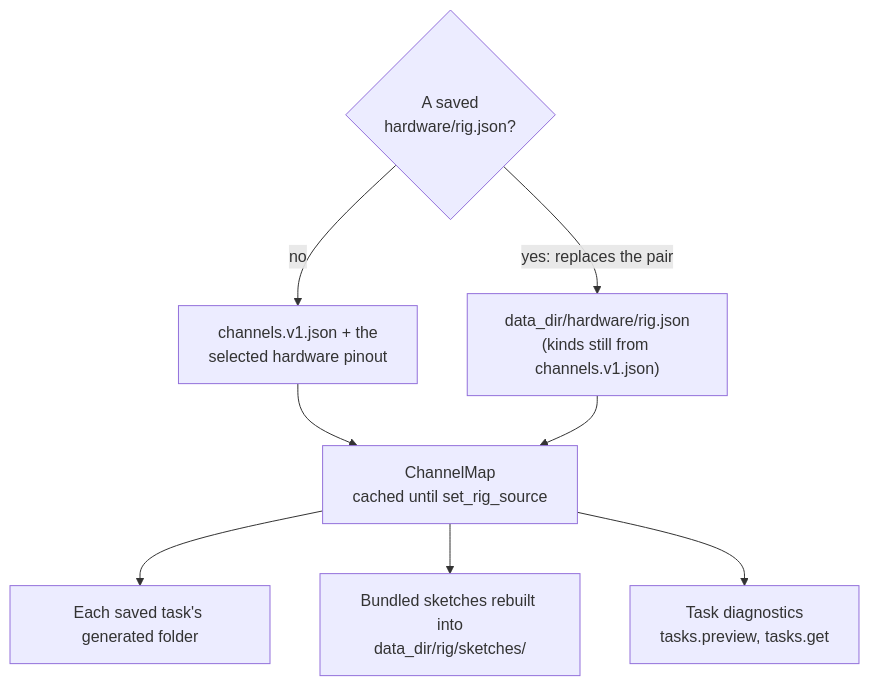
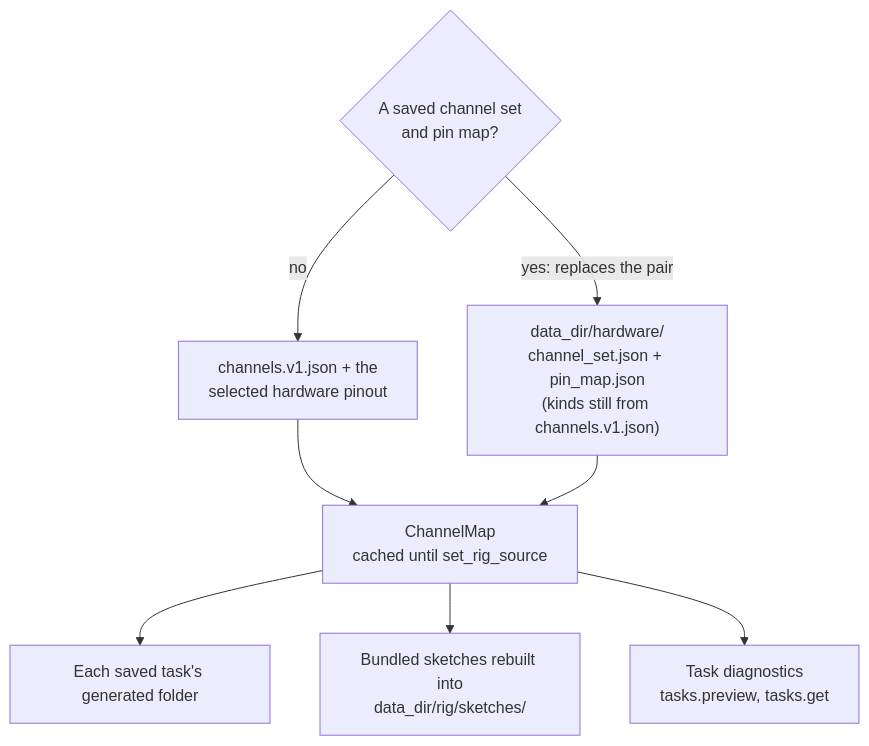
Before and after one commit to Chase-NJ/Ephymeris: the fourth of 6 diagrams in docs/TASKS.md, drawn with Mermaid. The commit also changed other lines of this file and 25 other files, not shown here.

First line of the commit message:
Split the rig wiring into a channel set and a pin map (#123)

````diff
--- a/docs/TASKS.md
+++ b/docs/TASKS.md
@@ -570,11 +603,11 @@
 ```mermaid
 flowchart TD
-    saved{"A saved<br/>hardware/rig.json?"}
+    saved{"A saved channel set<br/>and pin map?"}
     saved -->|no| shipped["channels.v1.json + the<br/>selected hardware pinout"]
-    saved -->|"yes: replaces the pair"| rig["data_dir/hardware/rig.json<br/>(kinds still from channels.v1.json)"]
+    saved -->|"yes: replaces the pair"| rig["data_dir/hardware/<br/>channel_set.json + pin_map.json<br/>(kinds still from channels.v1.json)"]
     shipped --> map["ChannelMap<br/>cached until set_rig_source"]
     rig --> map
     map --> taskPins["Each saved task's generated folder"]
     map --> bundledPins["Bundled sketches rebuilt into<br/>data_dir/rig/sketches/"]
     map --> diagnostics["Task diagnostics<br/>tasks.preview, tasks.get"]
 ```
````
